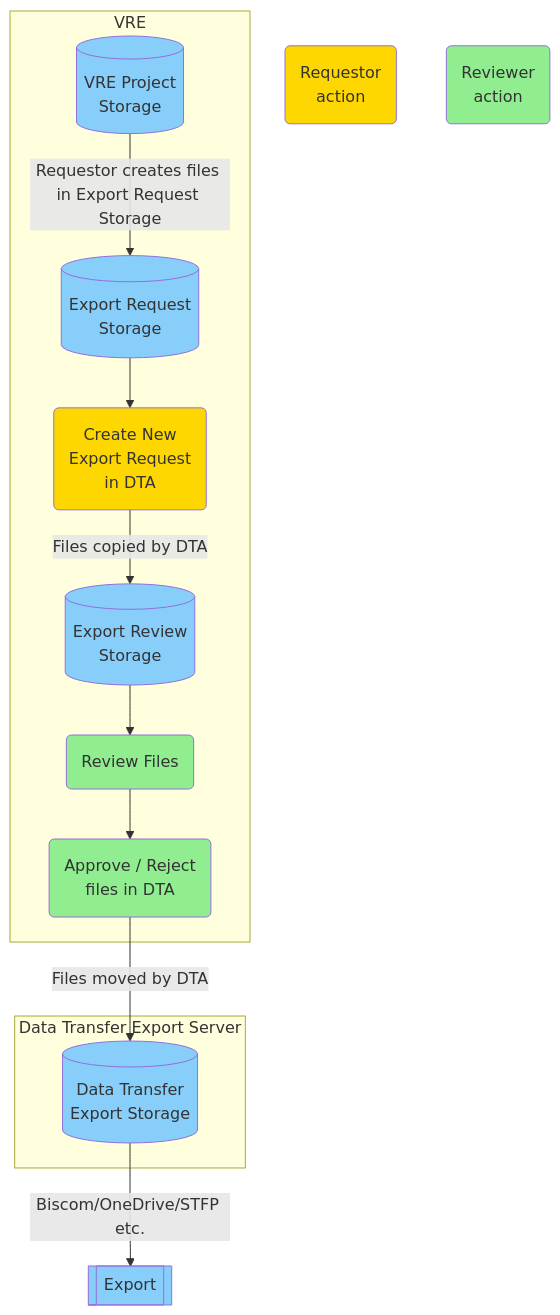
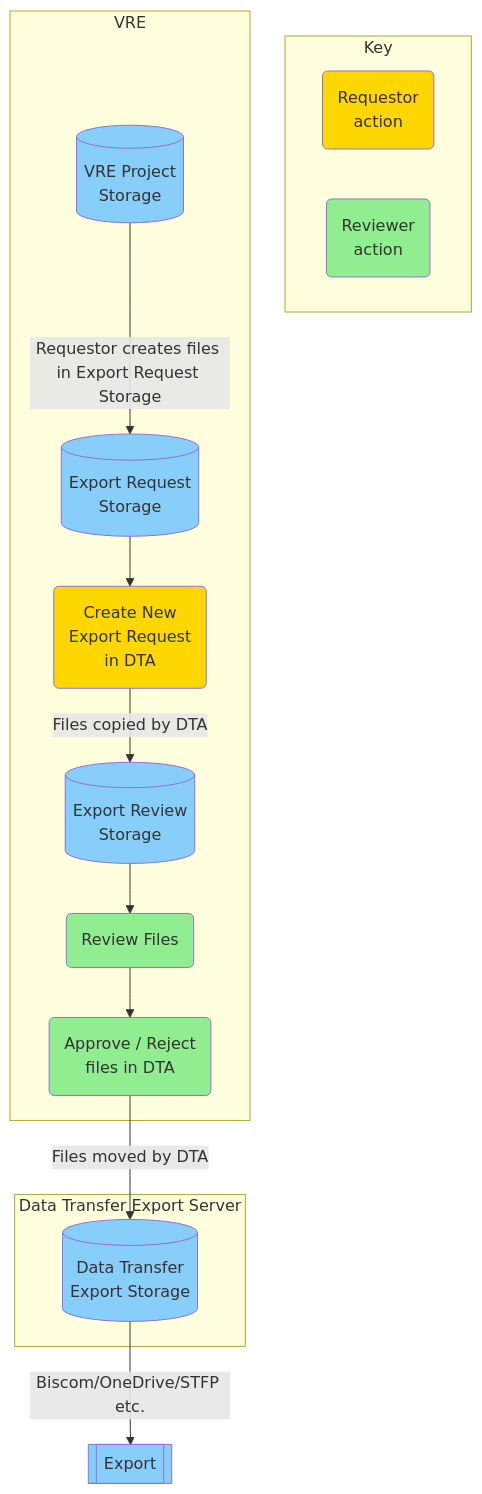
The second of 2 diagrams in docs/laser_how_to/dta/process_flow.md (LIDA-Data-Analytics-Team/laserdocs_test), drawn with Mermaid before and after one commit.

Commit message:
dta process flow, mermaid

```diff
--- a/docs/laser_how_to/dta/process_flow.md
+++ b/docs/laser_how_to/dta/process_flow.md
@@ -56,31 +56,34 @@
 <div class="mermaid">
 graph TB;
-    requestor(Requestor<br>action);
-    reviewer(Reviewer<br>action);
+	subgraph Key;
+        requestor(Requestor<br>action);
+	    reviewer(Reviewer<br>action);
+	end;
+	
     export_store --> |Biscom/OneDrive/STFP etc.| export[[Export]];
     approve_reject --> |Files moved by DTA| export_store;
 
     subgraph VRE;
         project_store[(VRE Project <br> Storage)];
         project_store --> |Requestor creates files in Export Request Storage| export_request_store;
         export_request_store[(Export Request <br> Storage)] --> create_job(Create New <br> Export Request <br> in DTA);
         create_job --> |Files copied by DTA| export_review_store[(Export Review <br> Storage)];
         export_review_store --> review(Review Files);
         review --> approve_reject(Approve / Reject <br> files in DTA);
     end;
 
     subgraph DTES [Data Transfer Export Server];
         export_store[(Data Transfer <br> Export Storage)];
     end;
 	
     style requestor fill:Gold;
 	style reviewer fill:lightgreen;
     style export_store fill:LightSkyBlue;
     style export_review_store fill:LightSkyBlue;
     style export_request_store fill:LightSkyBlue;
     style project_store fill:LightSkyBlue;
     style export fill:LightSkyBlue;
     style create_job fill:gold;
     style review fill:lightgreen;
     style approve_reject fill:lightgreen;
 </div>
```
